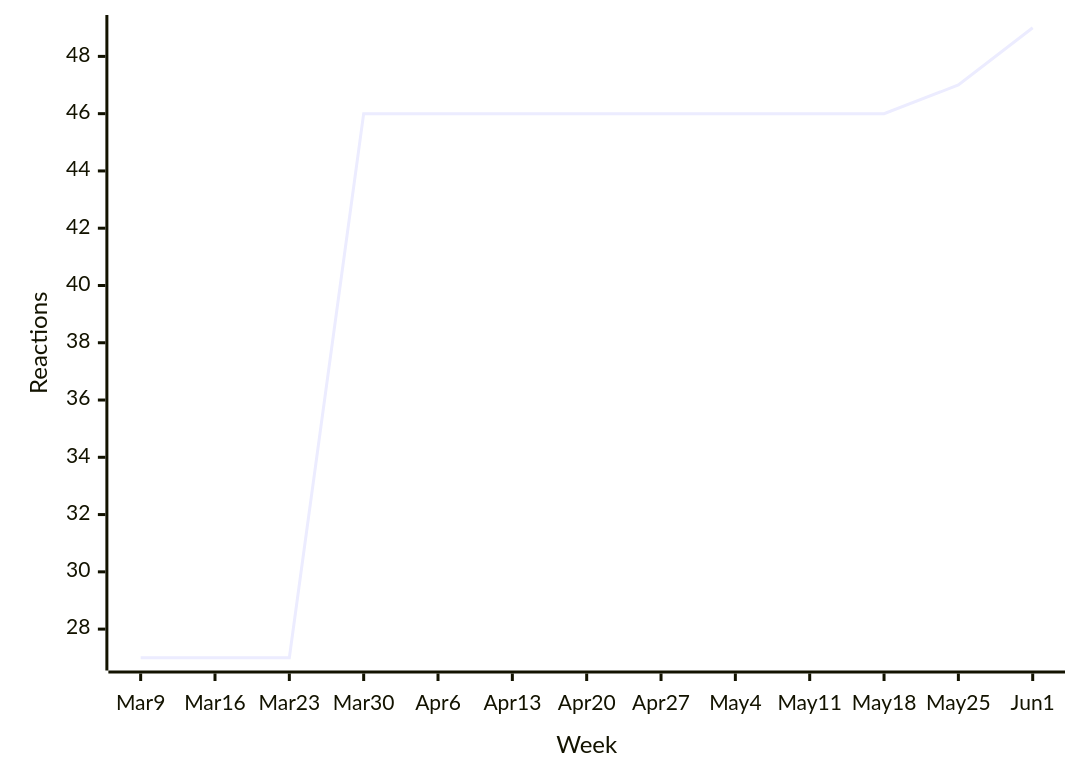
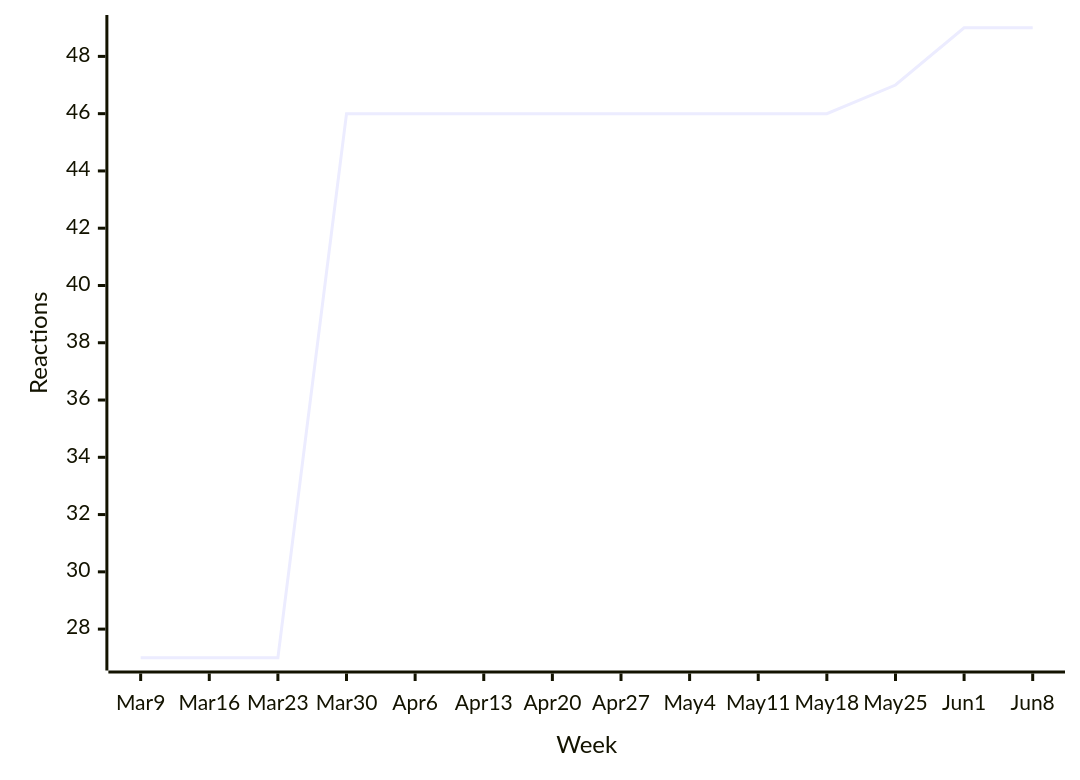
The fifth of 44 diagrams in README.md (loic-sharma/github-insights), drawn with Mermaid before and after one commit. The commit also changed other lines of this file and 3 other files, not shown here.

````diff
--- a/README.md
+++ b/README.md
@@ -407,6 +407,6 @@
   ```mermaid
   xychart-beta
-    x-axis "Week" [Mar 9, Mar 16, Mar 23, Mar 30, Apr 6, Apr 13, Apr 20, Apr 27, May 4, May 11, May 18, May 25, Jun 1]
+    x-axis "Week" [Mar 9, Mar 16, Mar 23, Mar 30, Apr 6, Apr 13, Apr 20, Apr 27, May 4, May 11, May 18, May 25, Jun 1, Jun 8]
     y-axis "Reactions"
-    line [27, 27, 27, 46, 46, 46, 46, 46, 46, 46, 46, 47, 49]
+    line [27, 27, 27, 46, 46, 46, 46, 46, 46, 46, 46, 47, 49, 49]
   ```
````
